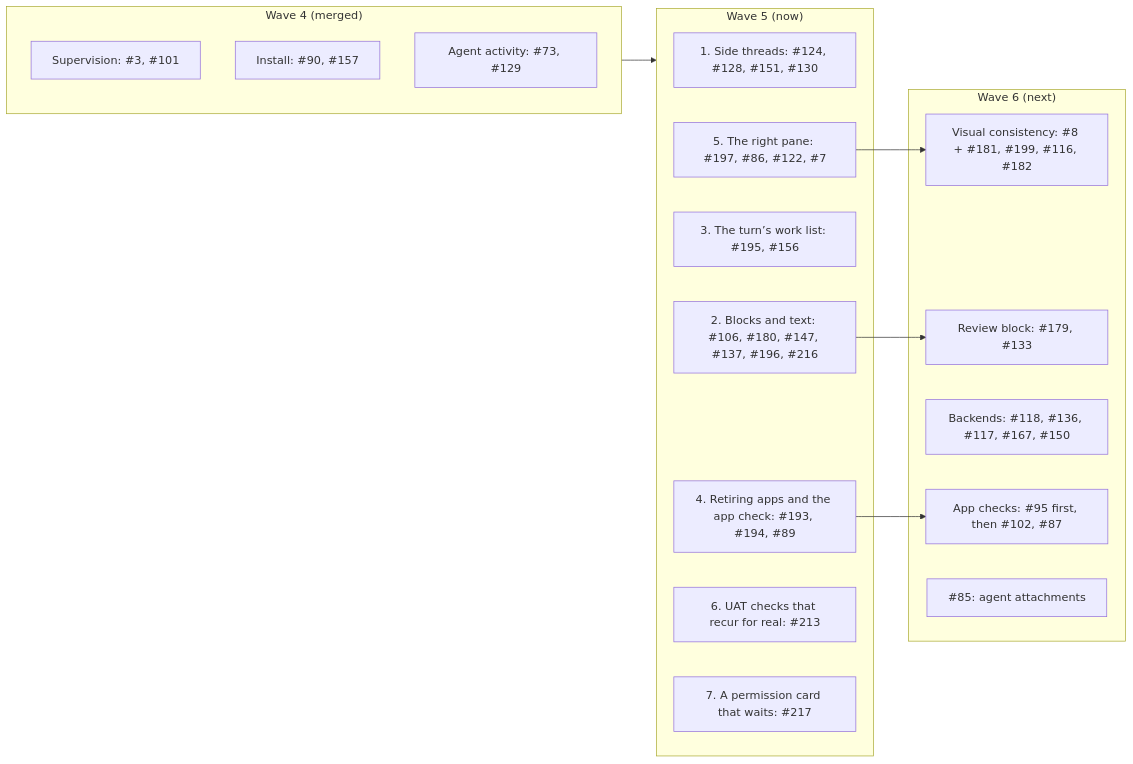
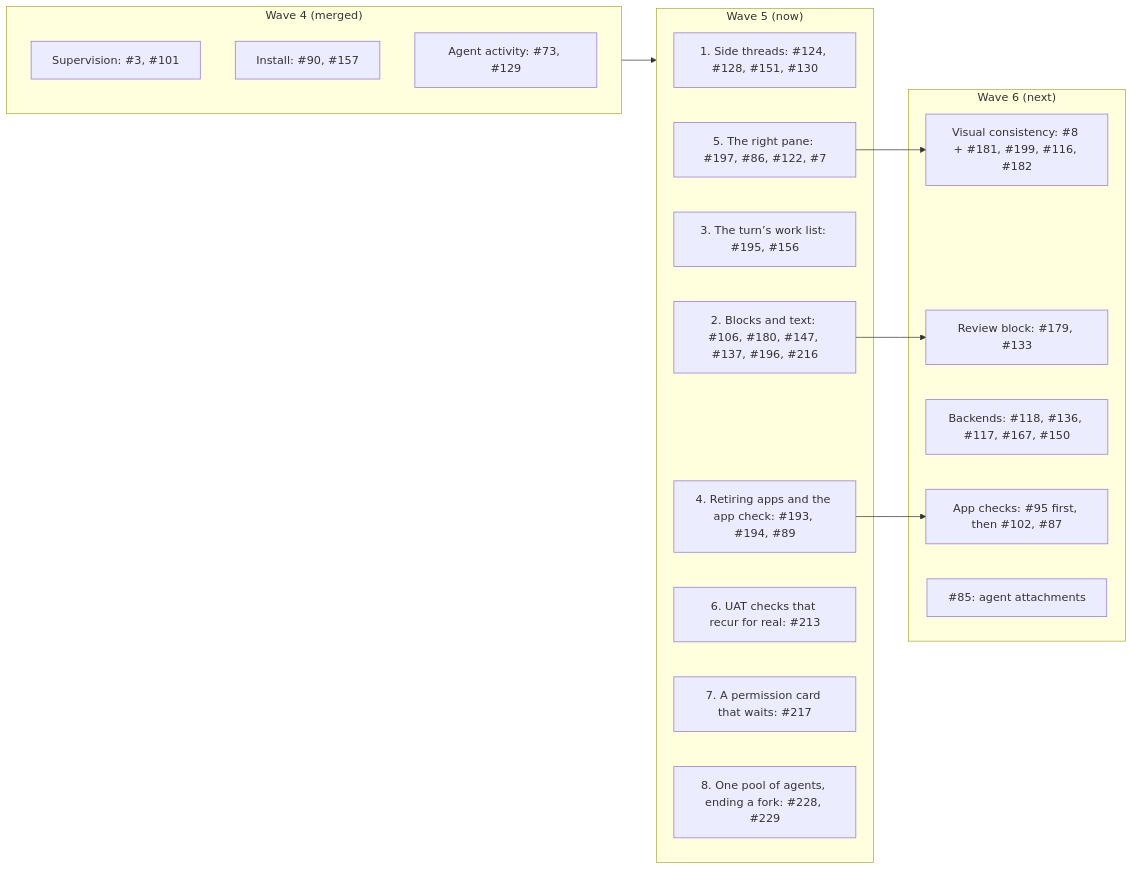
One commit to HJeon139/postbox changed the diagram in designs/prompts/README.md. Above: the diagram before and after it, drawn with Mermaid. The commit also changed other lines of this file and 2 other files, not shown here.

````diff
--- a/designs/prompts/README.md
+++ b/designs/prompts/README.md
@@ -11,28 +11,29 @@
 ```mermaid
 flowchart LR
   subgraph w4["Wave 4 (merged)"]
     a["Supervision: #3, #101"]
     d["Install: #90, #157"]
     e["Agent activity: #73, #129"]
   end
   subgraph w5["Wave 5 (now)"]
     s1["1. Side threads: #124, #128, #151, #130"]
     s2["2. Blocks and text: #106, #180, #147, #137, #196, #216"]
     s3["3. The turn’s work list: #195, #156"]
     s4["4. Retiring apps and the app check: #193, #194, #89"]
     s5["5. The right pane: #197, #86, #122, #7"]
     s6["6. UAT checks that recur for real: #213"]
     s7["7. A permission card that waits: #217"]
+    s8["8. One pool of agents, ending a fork: #228, #229"]
   end
   subgraph w6["Wave 6 (next)"]
     v["Visual consistency: #8 + #181, #199, #116, #182"]
     rv["Review block: #179, #133"]
     be["Backends: #118, #136, #117, #167, #150"]
     ck["App checks: #95 first, then #102, #87"]
     at["#85: agent attachments"]
   end
   w4 --> w5
   s2 --> rv
   s4 --> ck
   s5 --> v
 ```
````
